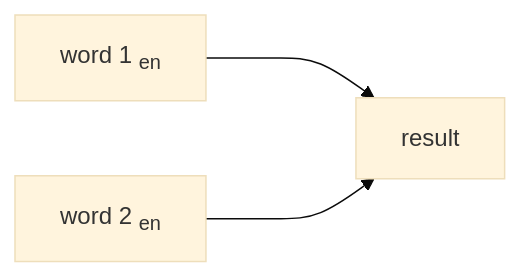
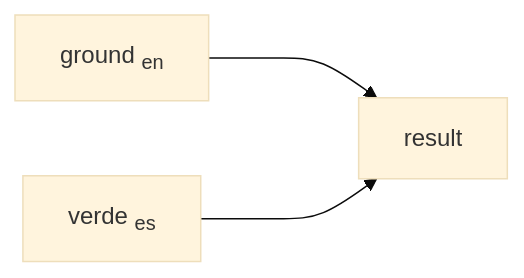
Before and after one commit to elecarno/songlang: the diagram in Lexicon/Words/0 - grass.md, drawn with Mermaid (base theme). The commit also changed 1 other file, not shown here.

Commit message:
vault backup: 2024-03-27 09:54:38

````diff
--- a/Lexicon/Words/0 - grass.md
+++ b/Lexicon/Words/0 - grass.md
@@ -5,5 +5,5 @@
 ```mermaid  
 flowchart LR
-A[word 1 <sub>en</sub>] ---> B[result]
-C[word 2 <sub>en</sub>] ---> B
+A[ground <sub>en</sub>] ---> B[result]
+C[verde <sub>es</sub>] ---> B
 ```
````
